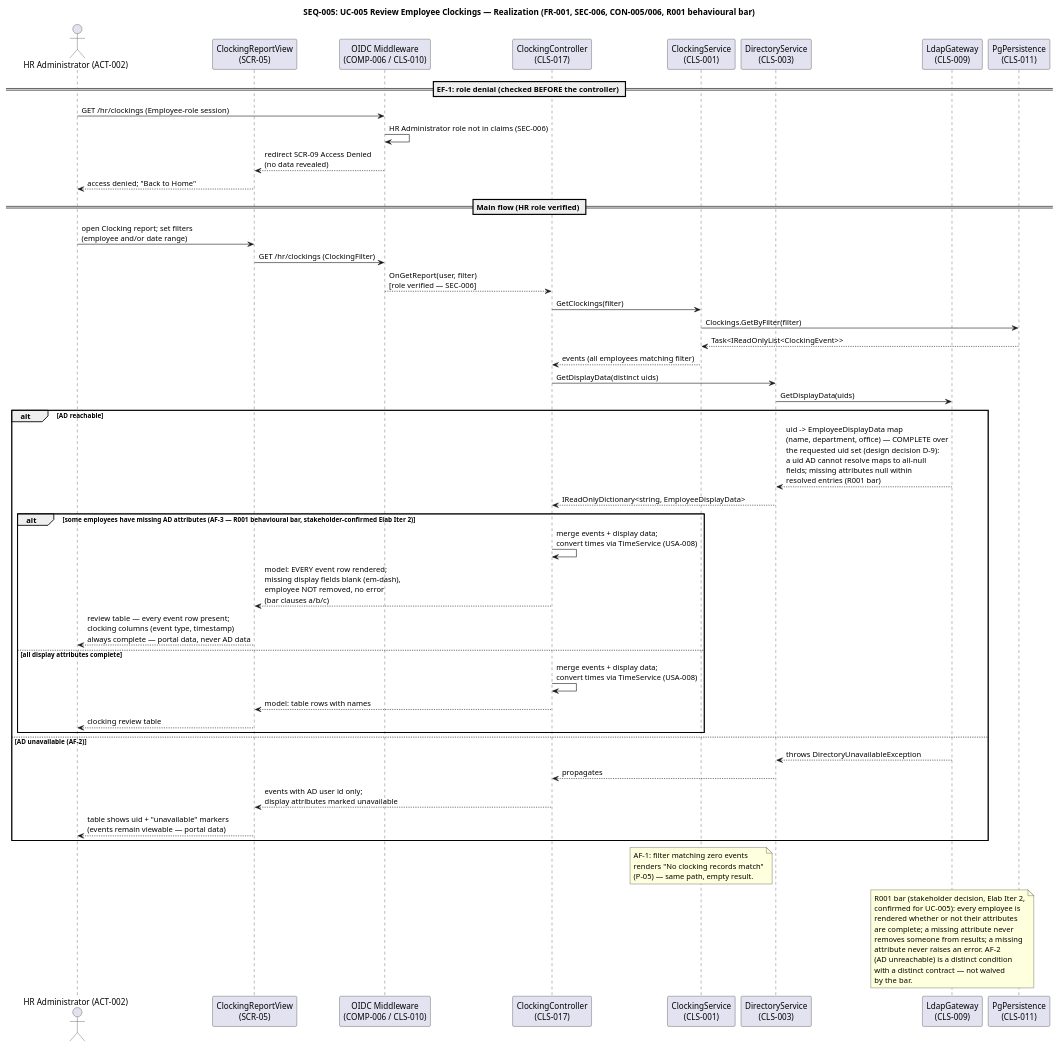
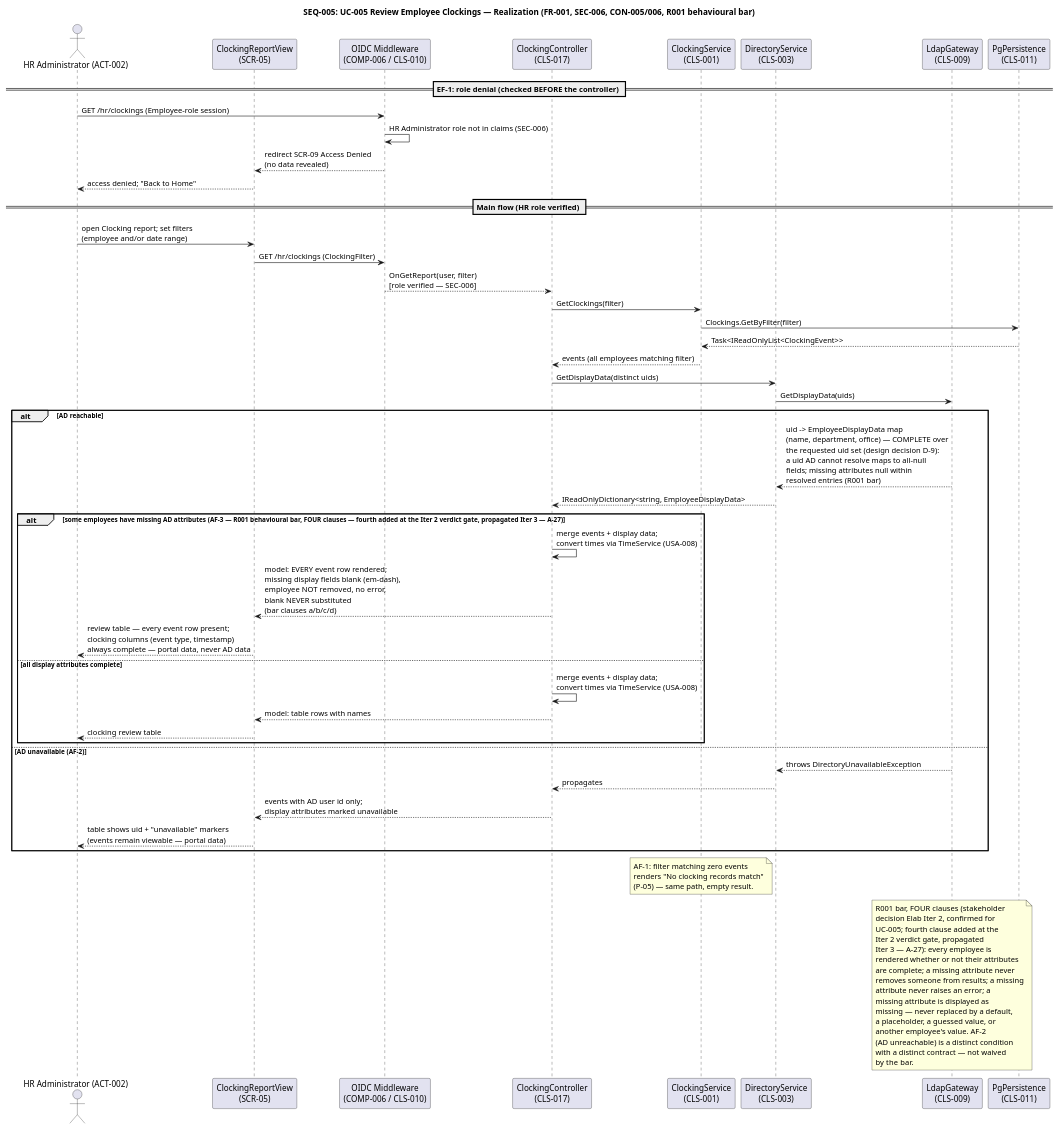
Before and after one commit to banense-test/employee-portal: the seventh of 26 diagrams in docs/artifacts/analysis---design/design-model.md, drawn with PlantUML. The commit also changed other lines of this file, not shown here.

First line of the commit message:
Designer [E3]: upsert Design Model

````diff
--- a/docs/artifacts/analysis---design/design-model.md
+++ b/docs/artifacts/analysis---design/design-model.md
@@ -539,65 +547,72 @@
 ```plantuml
 @startuml
 title SEQ-005: UC-005 Review Employee Clockings — Realization (FR-001, SEC-006, CON-005/006, R001 behavioural bar)
 
 actor "HR Administrator (ACT-002)" as HR
 participant "ClockingReportView\n(SCR-05)" as VIEW
 participant "OIDC Middleware\n(COMP-006 / CLS-010)" as MW
 participant "ClockingController\n(CLS-017)" as CTL
 participant "ClockingService\n(CLS-001)" as CLK
 participant "DirectoryService\n(CLS-003)" as DIR
 participant "LdapGateway\n(CLS-009)" as LDAP
 participant "PgPersistence\n(CLS-011)" as PG
 
 == EF-1: role denial (checked BEFORE the controller) ==
 HR -> MW : GET /hr/clockings (Employee-role session)
 MW -> MW : HR Administrator role not in claims (SEC-006)
 MW --> VIEW : redirect SCR-09 Access Denied\n(no data revealed)
 VIEW --> HR : access denied; "Back to Home"
 
 == Main flow (HR role verified) ==
 HR -> VIEW : open Clocking report; set filters\n(employee and/or date range)
 VIEW -> MW : GET /hr/clockings (ClockingFilter)
 MW --> CTL : OnGetReport(user, filter)\n[role verified — SEC-006]
 CTL -> CLK : GetClockings(filter)
 CLK -> PG : Clockings.GetByFilter(filter)
 PG --> CLK : Task<IReadOnlyList<ClockingEvent>>
 CLK --> CTL : events (all employees matching filter)
 CTL -> DIR : GetDisplayData(distinct uids)
 DIR -> LDAP : GetDisplayData(uids)
 alt AD reachable
   LDAP --> DIR : uid -> EmployeeDisplayData map\n(name, department, office) — COMPLETE over\nthe requested uid set (design decision D-9):\na uid AD cannot resolve maps to all-null\nfields; missing attributes null within\nresolved entries (R001 bar)
   DIR --> CTL : IReadOnlyDictionary<string, EmployeeDisplayData>
-  alt some employees have missing AD attributes (AF-3 — R001 behavioural bar, stakeholder-confirmed Elab Iter 2)
+  alt some employees have missing AD attributes (AF-3 — R001 behavioural bar, FOUR clauses — fourth added at the Iter 2 verdict gate, propagated Iter 3 — A-27)
     CTL -> CTL : merge events + display data;\nconvert times via TimeService (USA-008)
-    CTL --> VIEW : model: EVERY event row rendered;\nmissing display fields blank (em-dash),\nemployee NOT removed, no error\n(bar clauses a/b/c)
+    CTL --> VIEW : model: EVERY event row rendered;\nmissing display fields blank (em-dash),\nemployee NOT removed, no error,\nblank NEVER substituted\n(bar clauses a/b/c/d)
     VIEW --> HR : review table — every event row present;\nclocking columns (event type, timestamp)\nalways complete — portal data, never AD data
   else all display attributes complete
     CTL -> CTL : merge events + display data;\nconvert times via TimeService (USA-008)
     CTL --> VIEW : model: table rows with names
     VIEW --> HR : clocking review table
   end
 else AD unavailable (AF-2)
   LDAP --> DIR : throws DirectoryUnavailableException
   DIR --> CTL : propagates
   CTL --> VIEW : events with AD user id only;\ndisplay attributes marked unavailable
   VIEW --> HR : table shows uid + "unavailable" markers\n(events remain viewable — portal data)
 end
 note over CLK
   AF-1: filter matching zero events
   renders "No clocking records match"
   (P-05) — same path, empty result.
 end note
 note over LDAP
-  R001 bar (stakeholder decision, Elab Iter 2,
-  confirmed for UC-005): every employee is
+  R001 bar, FOUR clauses (stakeholder
+  decision Elab Iter 2, confirmed for
+  UC-005; fourth clause added at the
+  Iter 2 verdict gate, propagated
+  Iter 3 — A-27): every employee is
   rendered whether or not their attributes
   are complete; a missing attribute never
   removes someone from results; a missing
-  attribute never raises an error. AF-2
+  attribute never raises an error; a
+  missing attribute is displayed as
+  missing — never replaced by a default,
+  a placeholder, a guessed value, or
+  another employee's value. AF-2
   (AD unreachable) is a distinct condition
   with a distinct contract — not waived
   by the bar.
 end note
 @enduml
 ```
````
